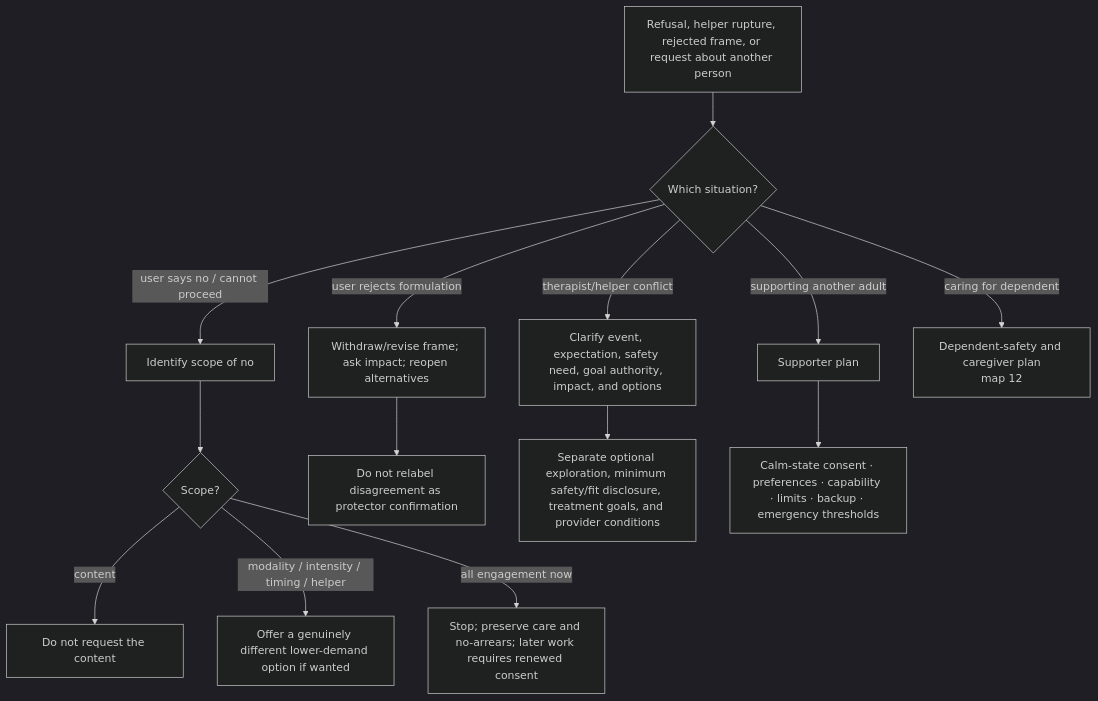
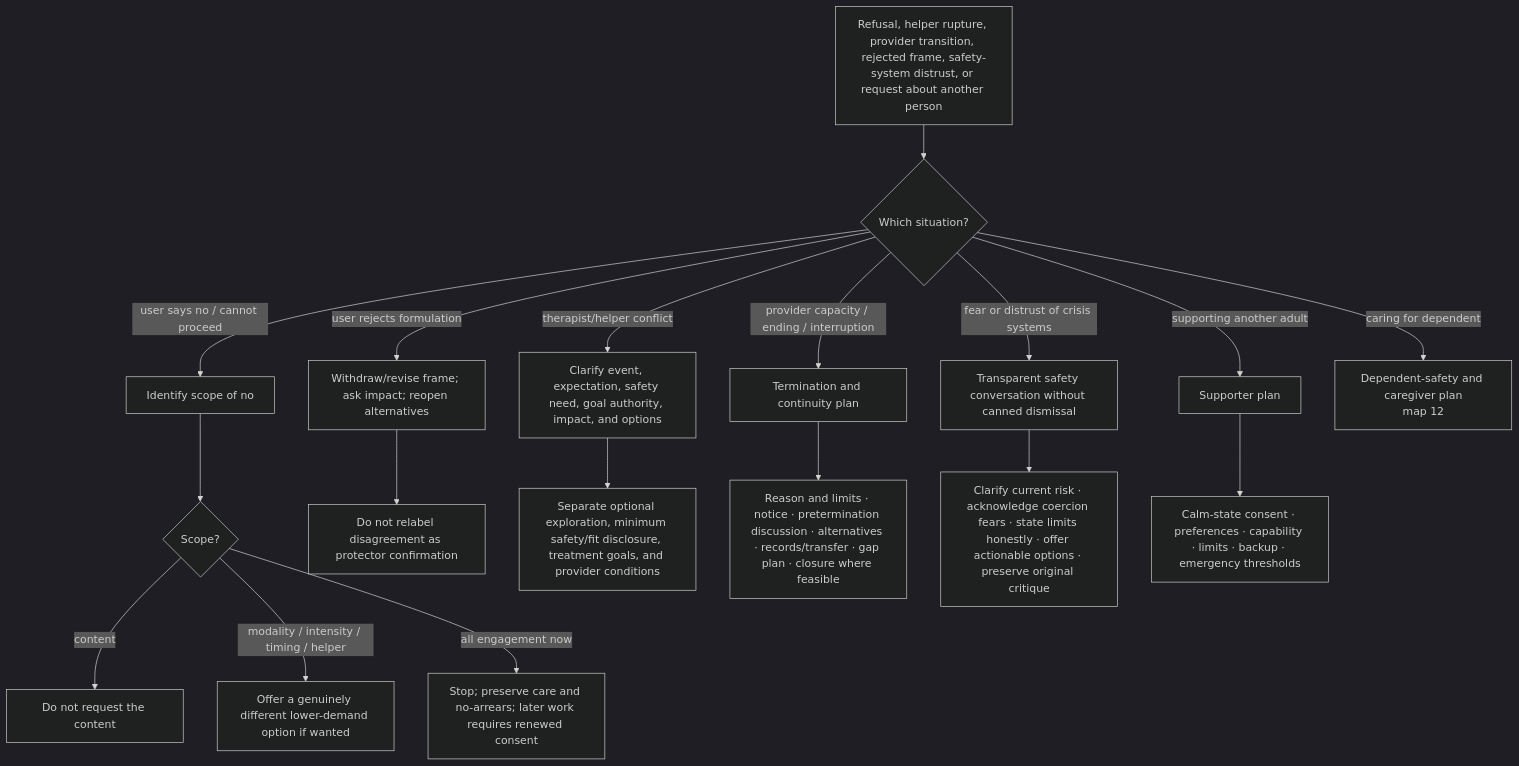
The diagram in analysis/inner_child_protocol/maps/14-SCOPED-CONSENT-FRAME-REPAIR-AND-THIRD-PARTY-HELP.md (u-dont-existDOTcom/creativeTailSampling), drawn with Mermaid (dark theme) before and after one commit. The commit also changed other lines of this file, not shown here.

Commit message:
Add provider-transition and transparent crisis-system routing

````diff
--- a/analysis/inner_child_protocol/maps/14-SCOPED-CONSENT-FRAME-REPAIR-AND-THIRD-PARTY-HELP.md
+++ b/analysis/inner_child_protocol/maps/14-SCOPED-CONSENT-FRAME-REPAIR-AND-THIRD-PARTY-HELP.md
@@ -5,18 +5,22 @@
 ```mermaid
 flowchart TD
-    A["Refusal, helper rupture, rejected frame, or request about another person"] --> B{"Which situation?"}
+    A["Refusal, helper rupture, provider transition, rejected frame, safety-system distrust, or request about another person"] --> B{"Which situation?"}
     B -- "user says no / cannot proceed" --> C["Identify scope of no"]
     B -- "user rejects formulation" --> D["Withdraw/revise frame; ask impact; reopen alternatives"]
     B -- "therapist/helper conflict" --> E["Clarify event, expectation, safety need, goal authority, impact, and options"]
+    B -- "provider capacity / ending / interruption" --> E2["Termination and continuity plan"]
+    B -- "fear or distrust of crisis systems" --> E3["Transparent safety conversation without canned dismissal"]
     B -- "supporting another adult" --> F["Supporter plan"]
     B -- "caring for dependent" --> G["Dependent-safety and caregiver plan<br/>map 12"]
 
     C --> H{"Scope?"}
     H -- "content" --> I["Do not request the content"]
     H -- "modality / intensity / timing / helper" --> J["Offer a genuinely different lower-demand option if wanted"]
     H -- "all engagement now" --> K["Stop; preserve care and no-arrears; later work requires renewed consent"]
 
     D --> L["Do not relabel disagreement as protector confirmation"]
     E --> M["Separate optional exploration, minimum safety/fit disclosure, treatment goals, and provider conditions"]
+    E2 --> M2["Reason and limits · notice · pretermination discussion · alternatives · records/transfer · gap plan · closure where feasible"]
+    E3 --> M3["Clarify current risk · acknowledge coercion fears · state limits honestly · offer actionable options · preserve original critique"]
     F --> N["Calm-state consent · preferences · capability · limits · backup · emergency thresholds"]
 ```
````
